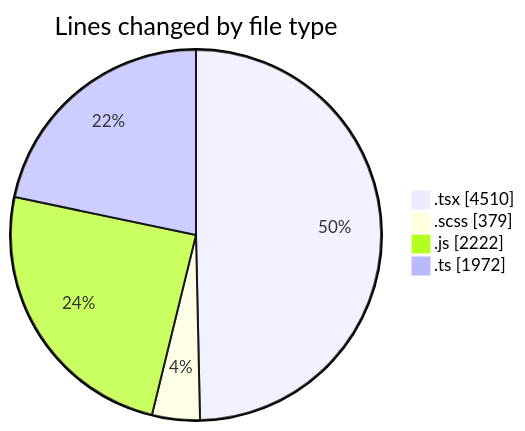
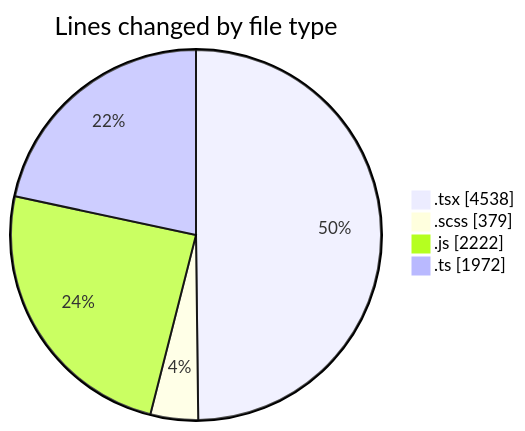
One commit to momahboobian/code-tracking changed the first of 2 diagrams in 2026-06-17/cda/README.md. Above: the diagram before and after it, drawn with Mermaid. The commit also changed other lines of this file and 1 other file, not shown here.

````diff
--- a/2026-06-17/cda/README.md
+++ b/2026-06-17/cda/README.md
@@ -56,8 +56,8 @@
 ```mermaid
 pie showData
 title Lines changed by file type
-".tsx" : 4510
+".tsx" : 4538
 ".scss" : 379
 ".js" : 2222
 ".ts" : 1972
 ```
````
